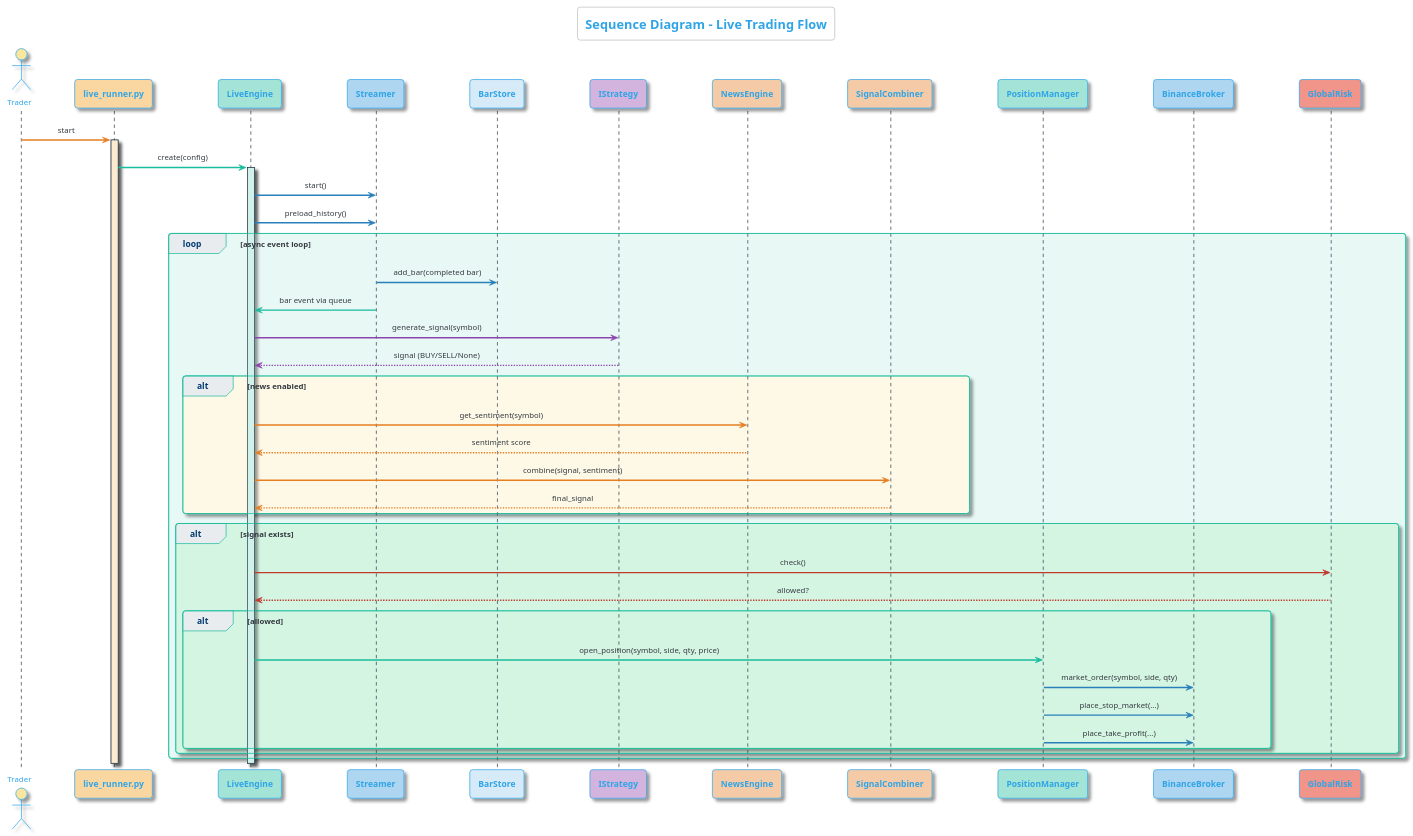
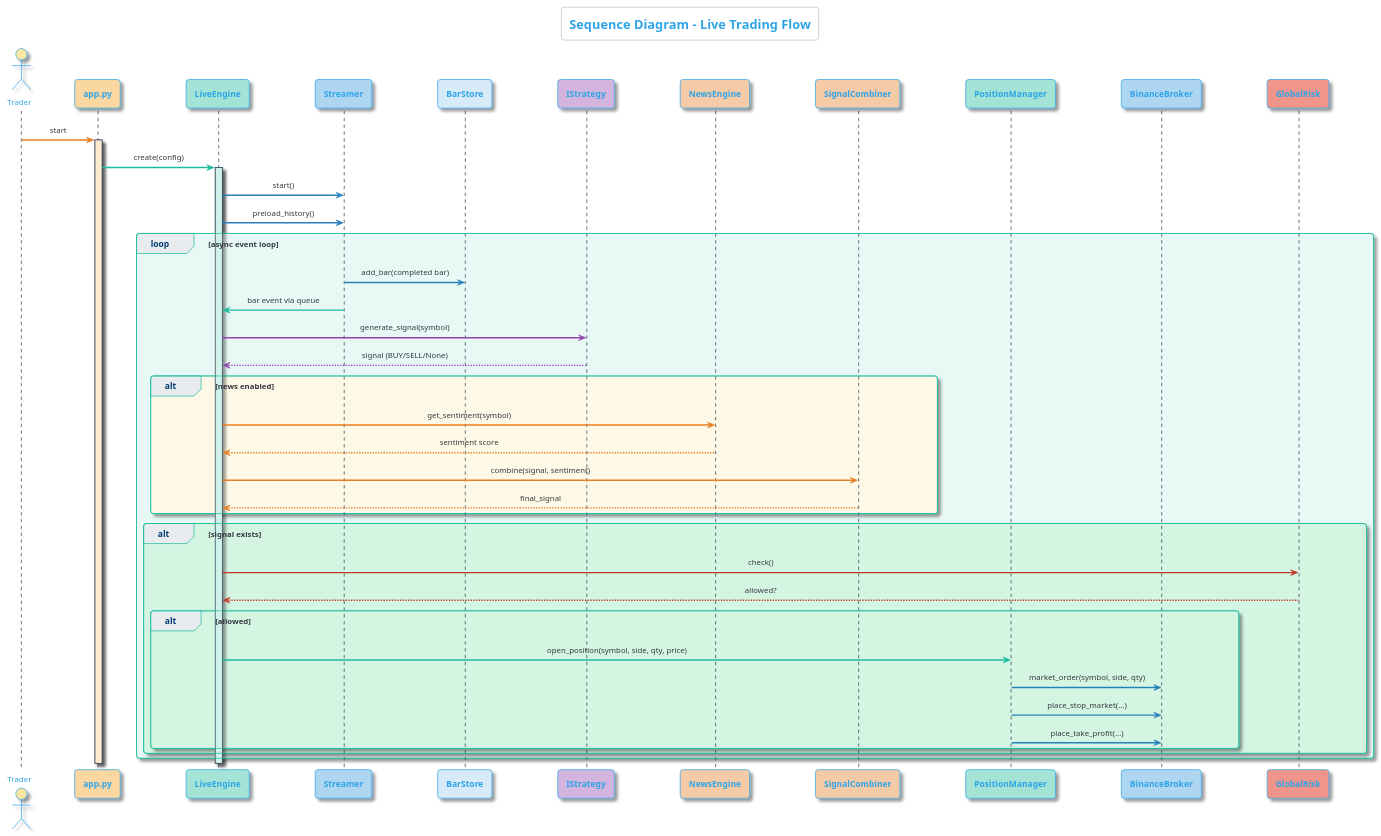
The seventh of 11 diagrams in docs/uml_diagrams.puml (McanKul/ai-adaptive-tradebot-blg4901), drawn with PlantUML before and after one commit. The commit also changed other lines of this file and 16 other files, not shown here.

```diff
--- a/docs/uml_diagrams.puml
+++ b/docs/uml_diagrams.puml
@@ -636,74 +634,74 @@
 @startuml Sequence_LiveTrading
 !theme cerulean-outline
 title <size:18>**Sequence Diagram - Live Trading Flow**</size>
 
 skinparam {
   shadowing true
   defaultFontSize 11
   sequenceMessageAlign center
   sequenceArrowThickness 2
   maxMessageSize 200
 }
 
 skinparam participant {
   FontSize 12
   FontStyle bold
 }
 
 skinparam sequence {
   LifeLineBorderColor #2C3E50
   LifeLineBackgroundColor #F8F9F9
   GroupBorderColor #1ABC9C
   GroupHeaderFontSize 12
 }
 
 actor "Trader" as User #F9E79F
-participant "live_runner.py" as Runner #FAD7A0
+participant "app.py" as Runner #FAD7A0
 participant "LiveEngine" as Engine #A3E4D7
 participant "Streamer" as Stream #AED6F1
 participant "BarStore" as BS #D6EAF8
 participant "IStrategy" as Strat #D2B4DE
 participant "NewsEngine" as News #F5CBA7
 participant "SignalCombiner" as Combiner #F5CBA7
 participant "PositionManager" as PM #A3E4D7
 participant "BinanceBroker" as Broker #AED6F1
 participant "GlobalRisk" as GRisk #F1948A
 
 User -[#E67E22]> Runner: start
 activate Runner #FDEBD0
 Runner -[#1ABC9C]> Engine: create(config)
 activate Engine #D1F2EB
 Engine -[#2980B9]> Stream: start()
 Engine -[#2980B9]> Stream: preload_history()
 
 loop #E8F8F5 async event loop
   Stream -[#2980B9]> BS: add_bar(completed bar)
   Stream -[#1ABC9C]> Engine: bar event via queue
 
   Engine -[#8E44AD]> Strat: generate_signal(symbol)
   Strat --[#8E44AD]> Engine: signal (BUY/SELL/None)
 
   alt #FEF9E7 news enabled
     Engine -[#E67E22]> News: get_sentiment(symbol)
     News --[#E67E22]> Engine: sentiment score
     Engine -[#E67E22]> Combiner: combine(signal, sentiment)
     Combiner --[#E67E22]> Engine: final_signal
   end
 
   alt #D5F5E3 signal exists
     Engine -[#C0392B]> GRisk: check()
     GRisk --[#C0392B]> Engine: allowed?
 
     alt #D5F5E3 allowed
       Engine -[#1ABC9C]> PM: open_position(symbol, side, qty, price)
       PM -[#2980B9]> Broker: market_order(symbol, side, qty)
       PM -[#2980B9]> Broker: place_stop_market(...)
       PM -[#2980B9]> Broker: place_take_profit(...)
     end
   end
 end
 
 deactivate Engine
 deactivate Runner
 
 @enduml
```
